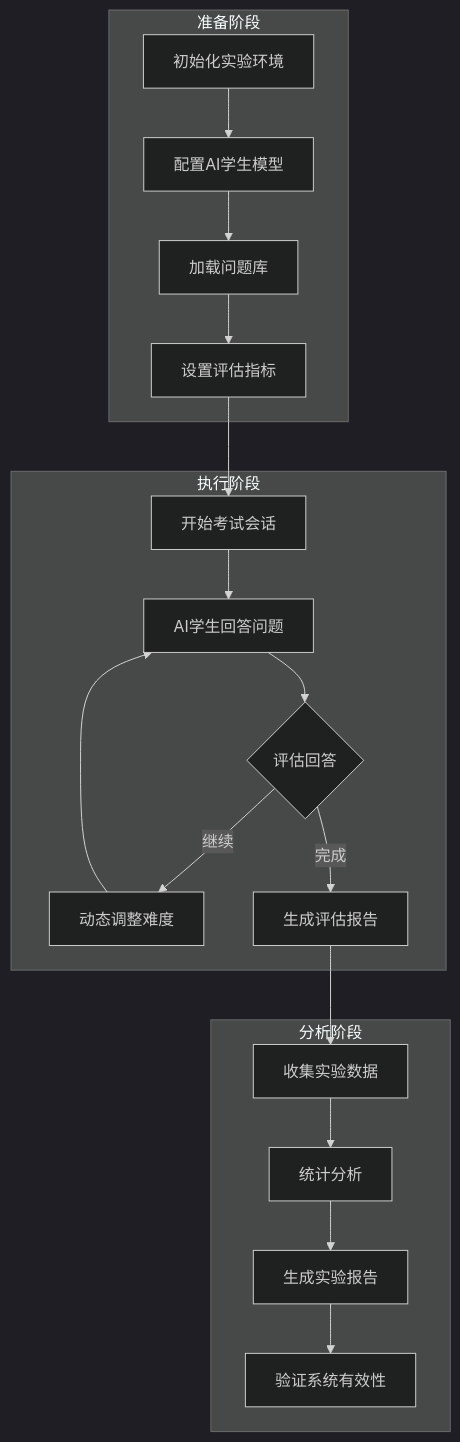
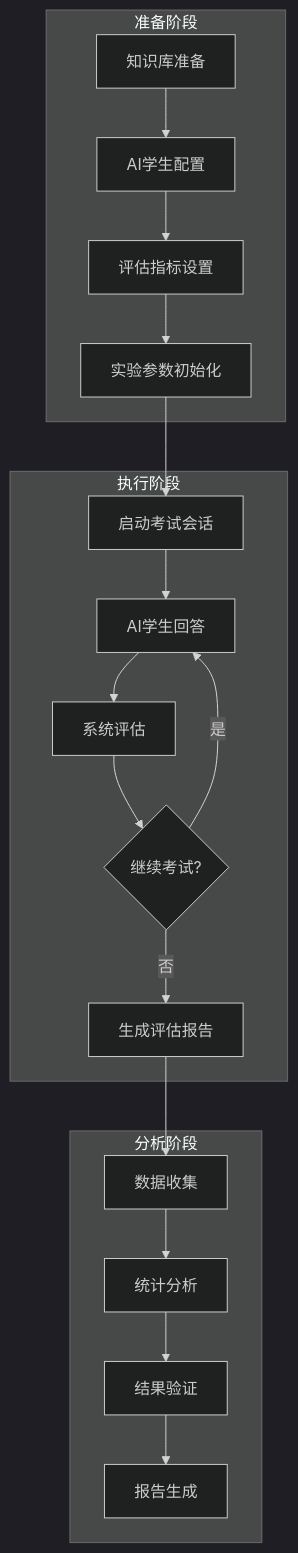
One commit to CHANHaochengZhang/chatexaminer changed the third of 4 diagrams in docs/experiment_future.md. Above: the diagram before and after it, drawn with Mermaid (dark theme). The commit also changed other lines of this file, not shown here.

````diff
--- a/docs/experiment_future.md
+++ b/docs/experiment_future.md
@@ -440,25 +541,25 @@
 ```mermaid
 graph TB
     subgraph 准备阶段
-        A[初始化实验环境] --> B[配置AI学生模型]
-        B --> C[加载问题库]
-        C --> D[设置评估指标]
+        A1[知识库准备] --> A2[AI学生配置]
+        A2 --> A3[评估指标设置]
+        A3 --> A4[实验参数初始化]
     end
 
     subgraph 执行阶段
-        E[开始考试会话] --> F[AI学生回答问题]
-        F --> G{评估回答}
-        G -->|继续| H[动态调整难度]
-        H --> F
-        G -->|完成| I[生成评估报告]
+        B1[启动考试会话] --> B2[AI学生回答]
+        B2 --> B3[系统评估]
+        B3 --> B4{继续考试?}
+        B4 -->|是| B2
+        B4 -->|否| B5[生成评估报告]
     end
 
     subgraph 分析阶段
-        J[收集实验数据] --> K[统计分析]
-        K --> L[生成实验报告]
-        L --> M[验证系统有效性]
+        C1[数据收集] --> C2[统计分析]
+        C2 --> C3[结果验证]
+        C3 --> C4[报告生成]
     end
 
-    D --> E
-    I --> J
+    A4 --> B1
+    B5 --> C1
 ```
````
